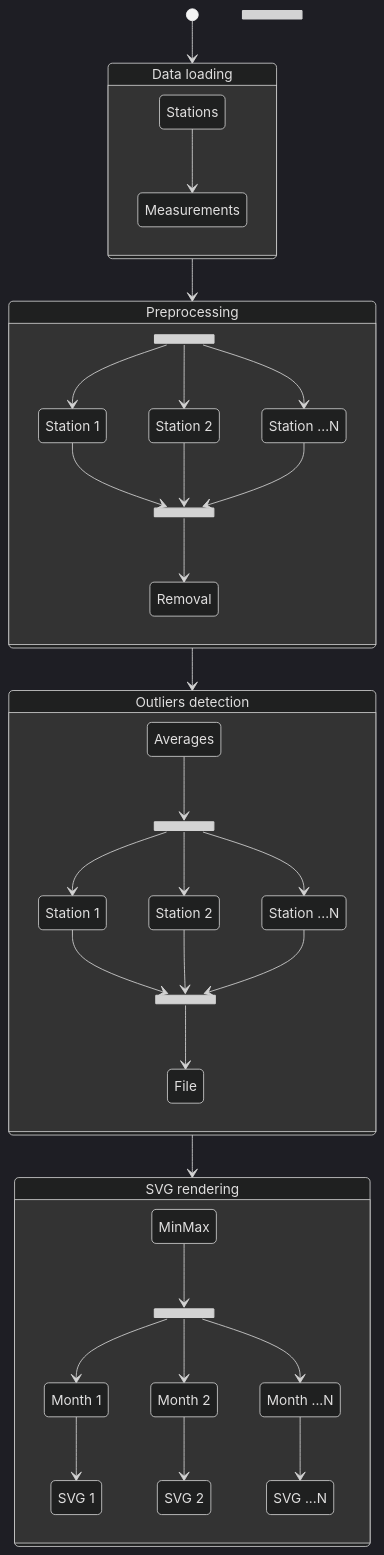
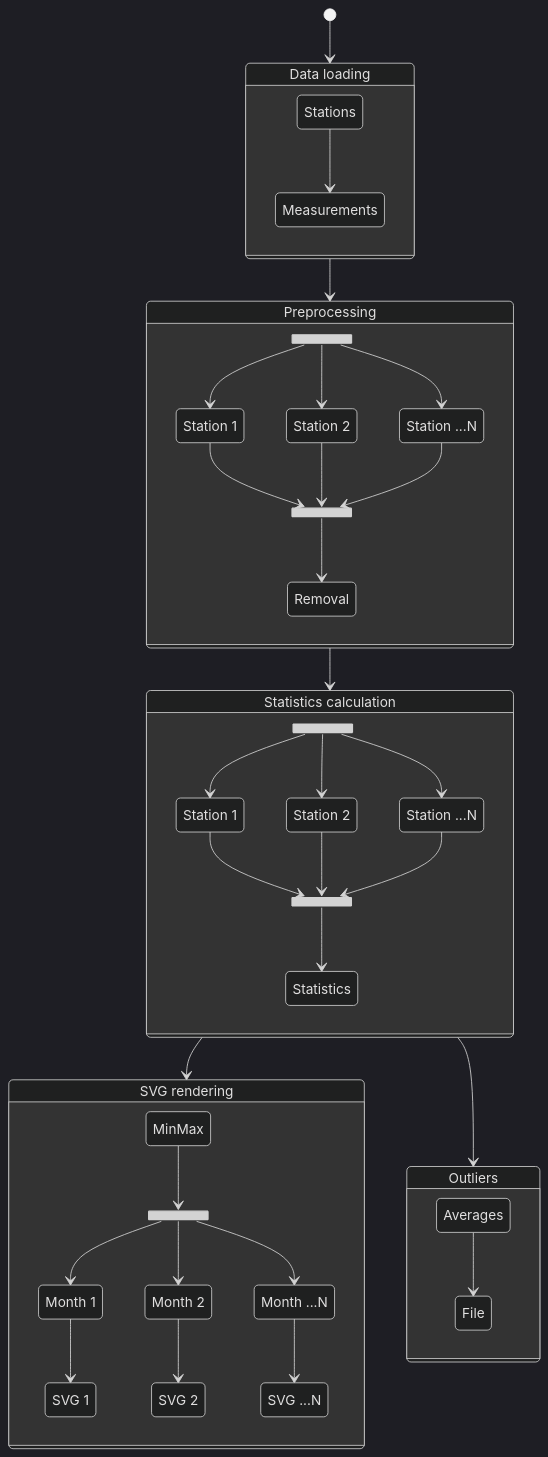
One commit to Maneren/KIV-UPP changed the diagram in sem01/README.md. Above: the diagram before and after it, drawn with Mermaid (dark theme). The commit also changed other lines of this file, not shown here.

````diff
--- a/sem01/README.md
+++ b/sem01/README.md
@@ -50,59 +51,61 @@
 ```mermaid
 stateDiagram-v2
     state PFork <<fork>>
     state PJoin <<join>>
     DL : Data loading
     [*] --> DL
     state DL {
         Stations --> Measurements
     }
     DL --> Preprocessing
     state OFork <<fork>>
     state OJoin <<join>>
     state Preprocessing {
         PS1 : Station 1
         PS2 : Station 2
         PS3 : Station ...N
         PFork --> PS1
         PFork --> PS2
         PFork --> PS3
         PS1 --> PJoin
         PS2 --> PJoin
         PS3 --> PJoin
         PJoin --> Removal
     }
-    Preprocessing --> Outliers
+    Preprocessing --> Stats
     state RFork <<fork>>
-    state RJoin <<join>>
-    Outliers : Outliers detection
-    state Outliers {
-        Averages --> OFork
+    Stats : Statistics calculation
+    state Stats {
         OS1 : Station 1
         OS2 : Station 2
         OS3 : Station ...N
         OFork --> OS1
         OFork --> OS2
         OFork --> OS3
         OS1 --> OJoin
         OS2 --> OJoin
         OS3 --> OJoin
-        OJoin --> File
+        OJoin --> Statistics
     }
-    Outliers --> Rendering
+    Stats --> Rendering
     Rendering : SVG rendering
     state Rendering {
       MinMax --> RFork
       RM1 : Month 1
       RM2 : Month 2
       RM3 : Month ...N
       RS1 : SVG 1
       RS2 : SVG 2
       RS3 : SVG ...N
       RFork --> RM1
       RFork --> RM2
       RFork --> RM3
       RM1 --> RS1
       RM2 --> RS2
       RM3 --> RS3
     }
+    Stats --> Outliers
+    state Outliers {
+        Averages --> File
+    }
 ```
````
